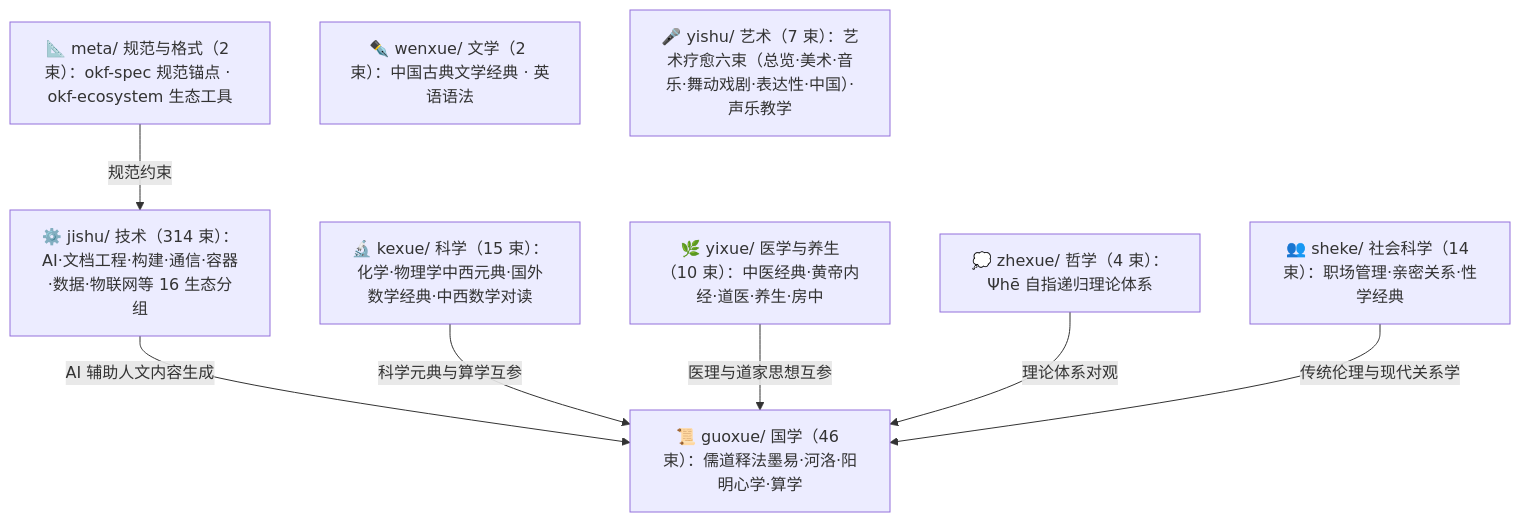
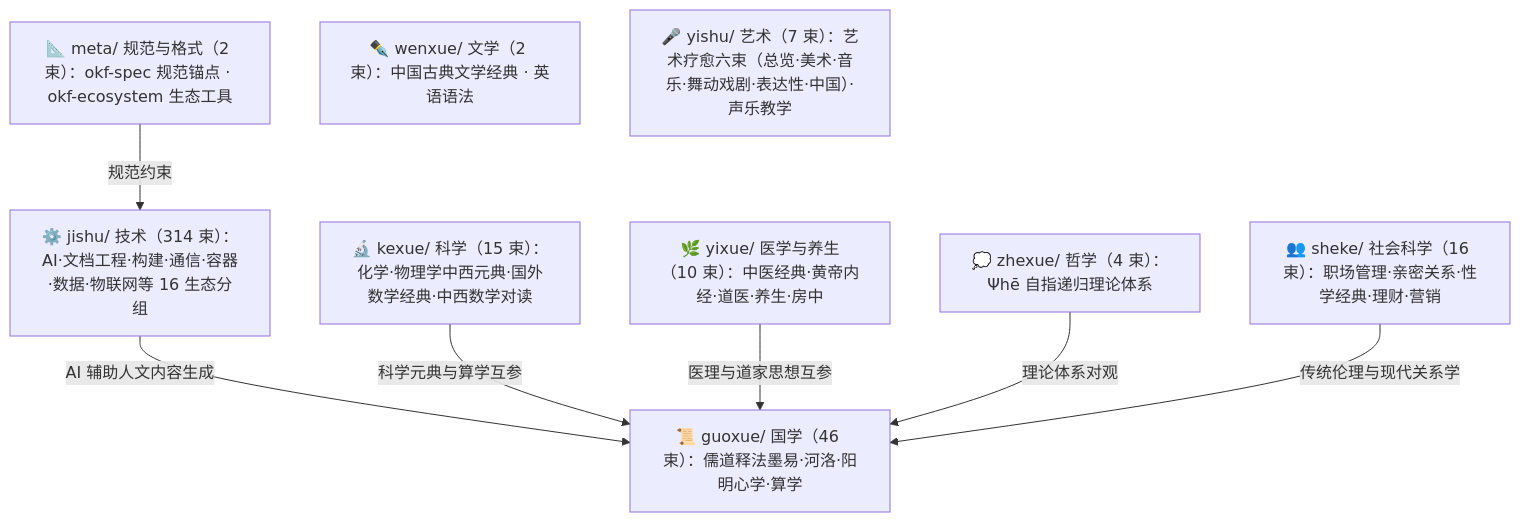
Before and after one commit to awesome-flexloop/awesome-okf: the diagram in doc/bundles/index.md, drawn with Mermaid. The commit also changed other lines of this file and 28 other files, not shown here.

````diff
--- a/doc/bundles/index.md
+++ b/doc/bundles/index.md
@@ -21,18 +21,18 @@
 ```mermaid
 flowchart TD
     meta["📐 meta/ 规范与格式（2 束）：okf-spec 规范锚点 · okf-ecosystem 生态工具"]
     guoxue["📜 guoxue/ 国学（46 束）：儒道释法墨易·河洛·阳明心学·算学"]
     zhexue["💭 zhexue/ 哲学（4 束）：Ψhē 自指递归理论体系"]
     kexue["🔬 kexue/ 科学（15 束）：化学·物理学中西元典·国外数学经典·中西数学对读"]
     wenxue["✒️ wenxue/ 文学（2 束）：中国古典文学经典 · 英语语法"]
     yixue["🌿 yixue/ 医学与养生（10 束）：中医经典·黄帝内经·道医·养生·房中"]
-    sheke["👥 sheke/ 社会科学（14 束）：职场管理·亲密关系·性学经典"]
+    sheke["👥 sheke/ 社会科学（16 束）：职场管理·亲密关系·性学经典·理财·营销"]
     yishu["🎤 yishu/ 艺术（7 束）：艺术疗愈六束（总览·美术·音乐·舞动戏剧·表达性·中国）·声乐教学"]
     jishu["⚙️ jishu/ 技术（314 束）：AI·文档工程·构建·通信·容器·数据·物联网等 16 生态分组"]
     meta -->|"规范约束"| jishu
     jishu -->|"AI 辅助人文内容生成"| guoxue
     kexue -->|"科学元典与算学互参"| guoxue
     yixue -->|"医理与道家思想互参"| guoxue
     zhexue -->|"理论体系对观"| guoxue
     sheke -->|"传统伦理与现代关系学"| guoxue
 ```
````
